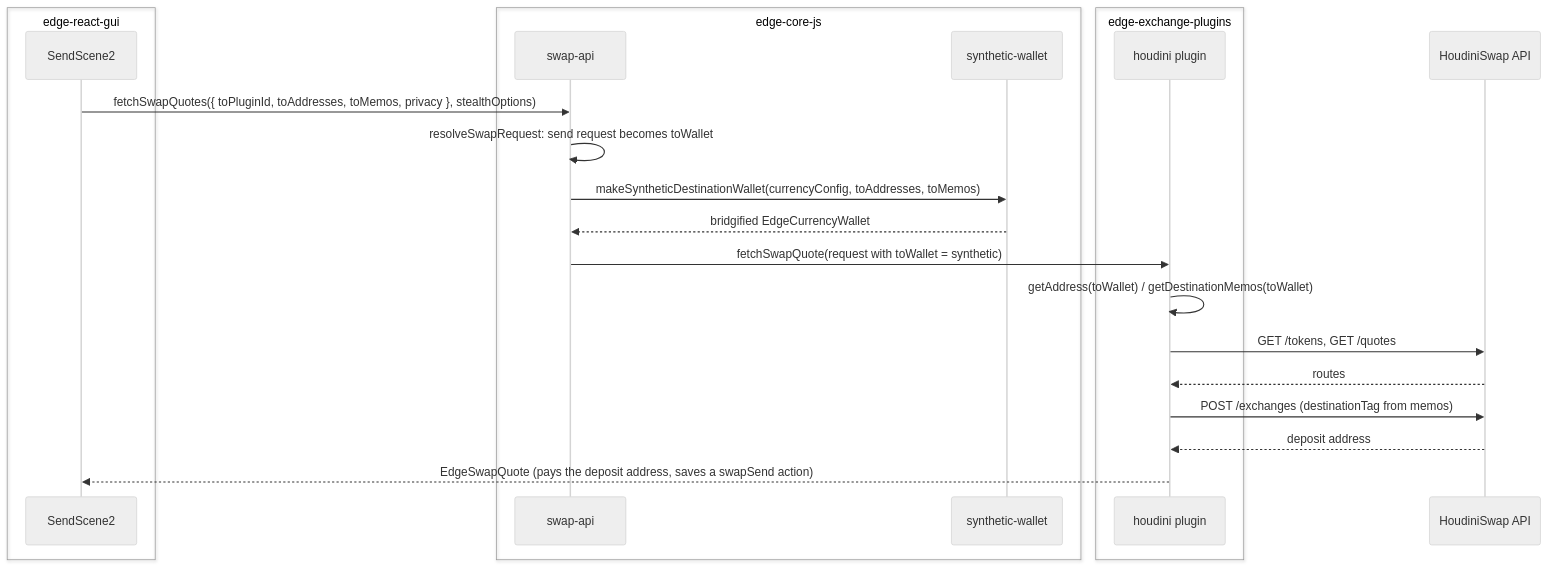
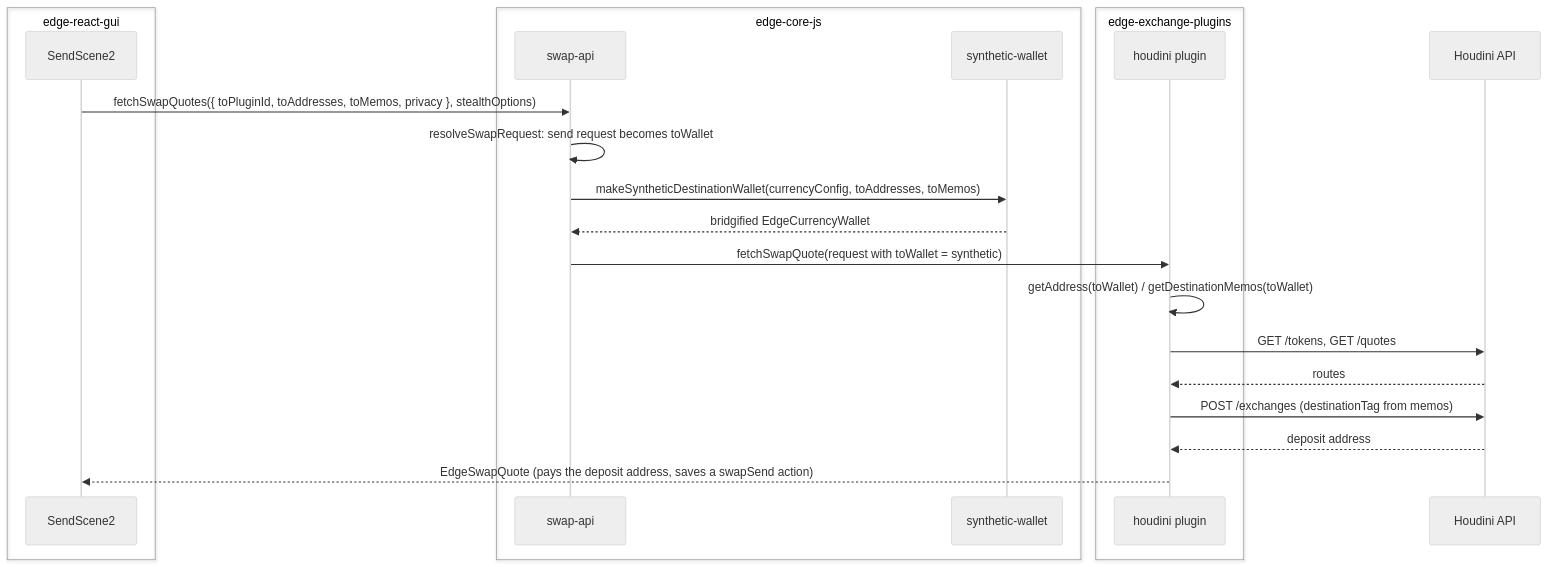
One commit to EdgeApp/edge-react-gui changed the first of 2 diagrams in src/docs/stealth-send-swap.md. Above: the diagram before and after it, drawn with Mermaid (neutral theme). The commit also changed other lines of this file and 7 other files, not shown here.

First line of the commit message:
Rename HoudiniSwap to Houdini

````diff
--- a/src/docs/stealth-send-swap.md
+++ b/src/docs/stealth-send-swap.md
@@ -80,26 +80,26 @@
 ```mermaid
 sequenceDiagram
   box edge-react-gui
     participant Send as SendScene2
   end
   box edge-core-js
     participant API as swap-api
     participant Synth as synthetic-wallet
   end
   box edge-exchange-plugins
     participant Plug as houdini plugin
   end
-  participant H as HoudiniSwap API
+  participant H as Houdini API
 
   Send->>API: fetchSwapQuotes({ toPluginId, toAddresses, toMemos, privacy }, stealthOptions)
   API->>API: resolveSwapRequest: send request becomes toWallet
   API->>Synth: makeSyntheticDestinationWallet(currencyConfig, toAddresses, toMemos)
   Synth-->>API: bridgified EdgeCurrencyWallet
   API->>Plug: fetchSwapQuote(request with toWallet = synthetic)
   Plug->>Plug: getAddress(toWallet) / getDestinationMemos(toWallet)
   Plug->>H: GET /tokens, GET /quotes
   H-->>Plug: routes
   Plug->>H: POST /exchanges (destinationTag from memos)
   H-->>Plug: deposit address
   Plug-->>Send: EdgeSwapQuote (pays the deposit address, saves a swapSend action)
 ```
````
